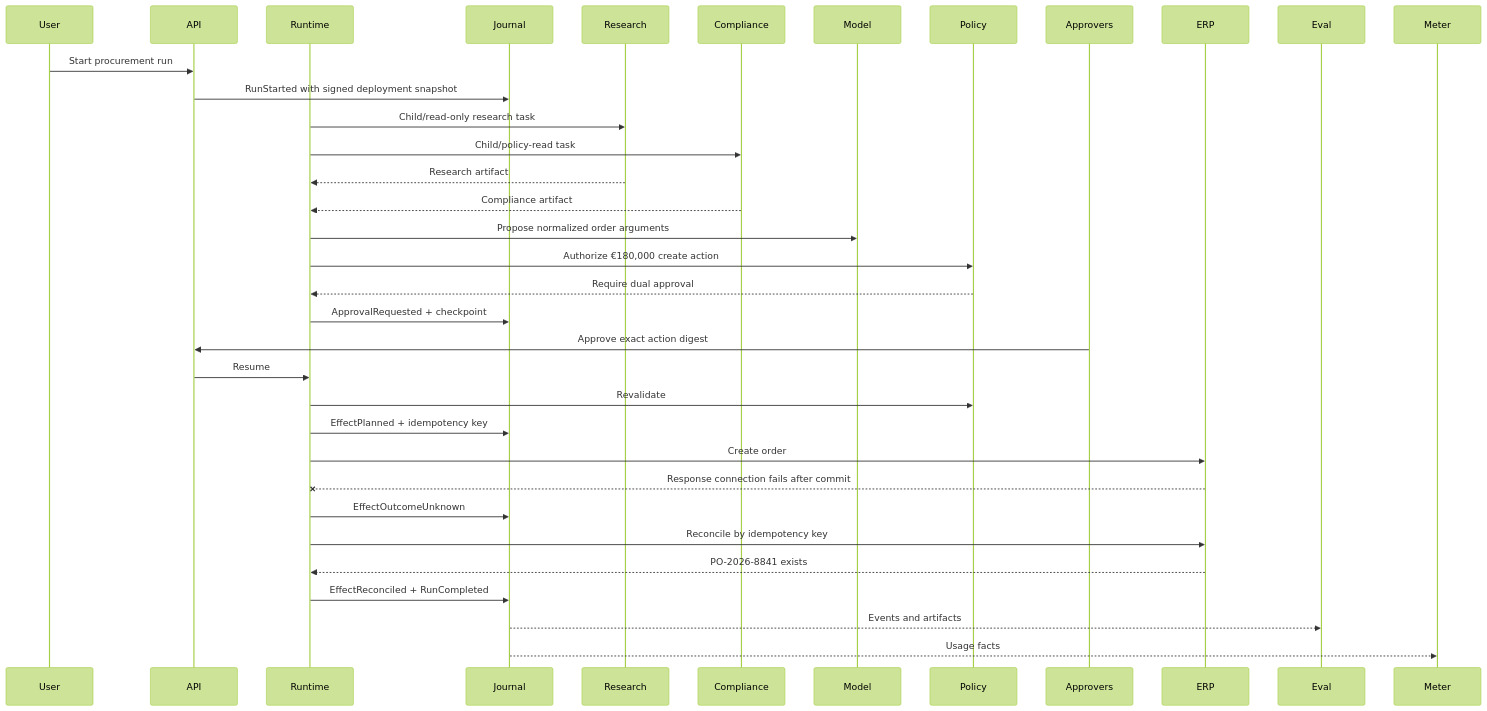
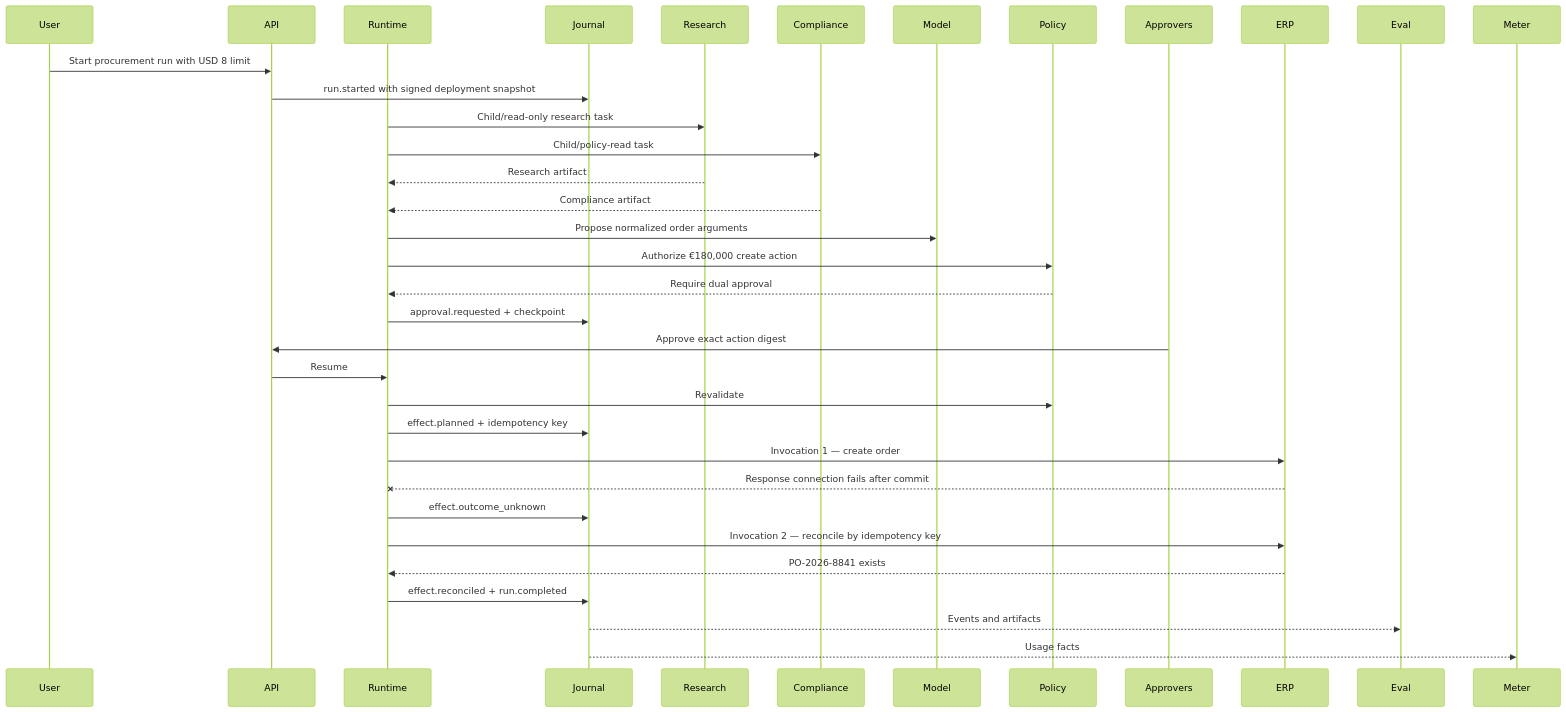
The diagram in examples/procurement.mdx (thaithienvanid/agentic-reference-architecture), drawn with Mermaid (forest theme) before and after one commit. The commit also changed other lines of this file and 16 other files, not shown here.

````diff
--- a/examples/procurement.mdx
+++ b/examples/procurement.mdx
@@ -24,38 +24,38 @@
 ```mermaid
 sequenceDiagram
   participant User
   participant API
   participant Runtime
   participant Journal
   participant Research
   participant Compliance
   participant Model
   participant Policy
   participant Approvers
   participant ERP
   participant Eval
   participant Meter
 
-  User->>API: Start procurement run
-  API->>Journal: RunStarted with signed deployment snapshot
+  User->>API: Start procurement run with USD 8 limit
+  API->>Journal: run.started with signed deployment snapshot
   Runtime->>Research: Child/read-only research task
   Runtime->>Compliance: Child/policy-read task
   Research-->>Runtime: Research artifact
   Compliance-->>Runtime: Compliance artifact
   Runtime->>Model: Propose normalized order arguments
   Runtime->>Policy: Authorize €180,000 create action
   Policy-->>Runtime: Require dual approval
-  Runtime->>Journal: ApprovalRequested + checkpoint
+  Runtime->>Journal: approval.requested + checkpoint
   Approvers->>API: Approve exact action digest
   API->>Runtime: Resume
   Runtime->>Policy: Revalidate
-  Runtime->>Journal: EffectPlanned + idempotency key
-  Runtime->>ERP: Create order
+  Runtime->>Journal: effect.planned + idempotency key
+  Runtime->>ERP: Invocation 1 — create order
   ERP--xRuntime: Response connection fails after commit
-  Runtime->>Journal: EffectOutcomeUnknown
-  Runtime->>ERP: Reconcile by idempotency key
+  Runtime->>Journal: effect.outcome_unknown
+  Runtime->>ERP: Invocation 2 — reconcile by idempotency key
   ERP-->>Runtime: PO-2026-8841 exists
-  Runtime->>Journal: EffectReconciled + RunCompleted
+  Runtime->>Journal: effect.reconciled + run.completed
   Journal-->>Eval: Events and artifacts
   Journal-->>Meter: Usage facts
 ```
````
